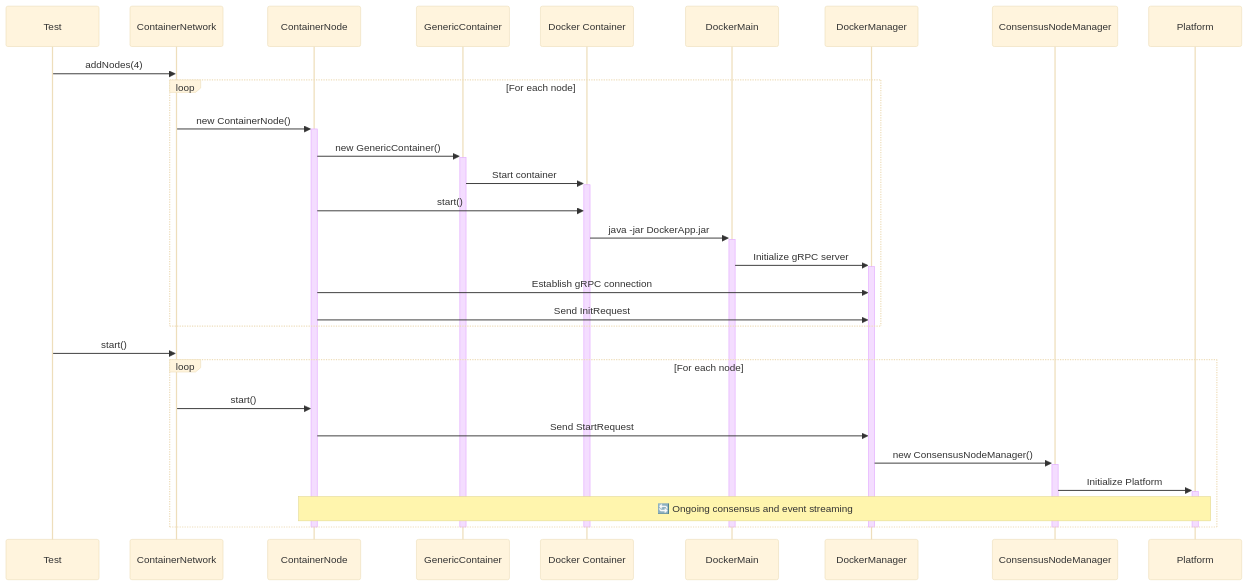
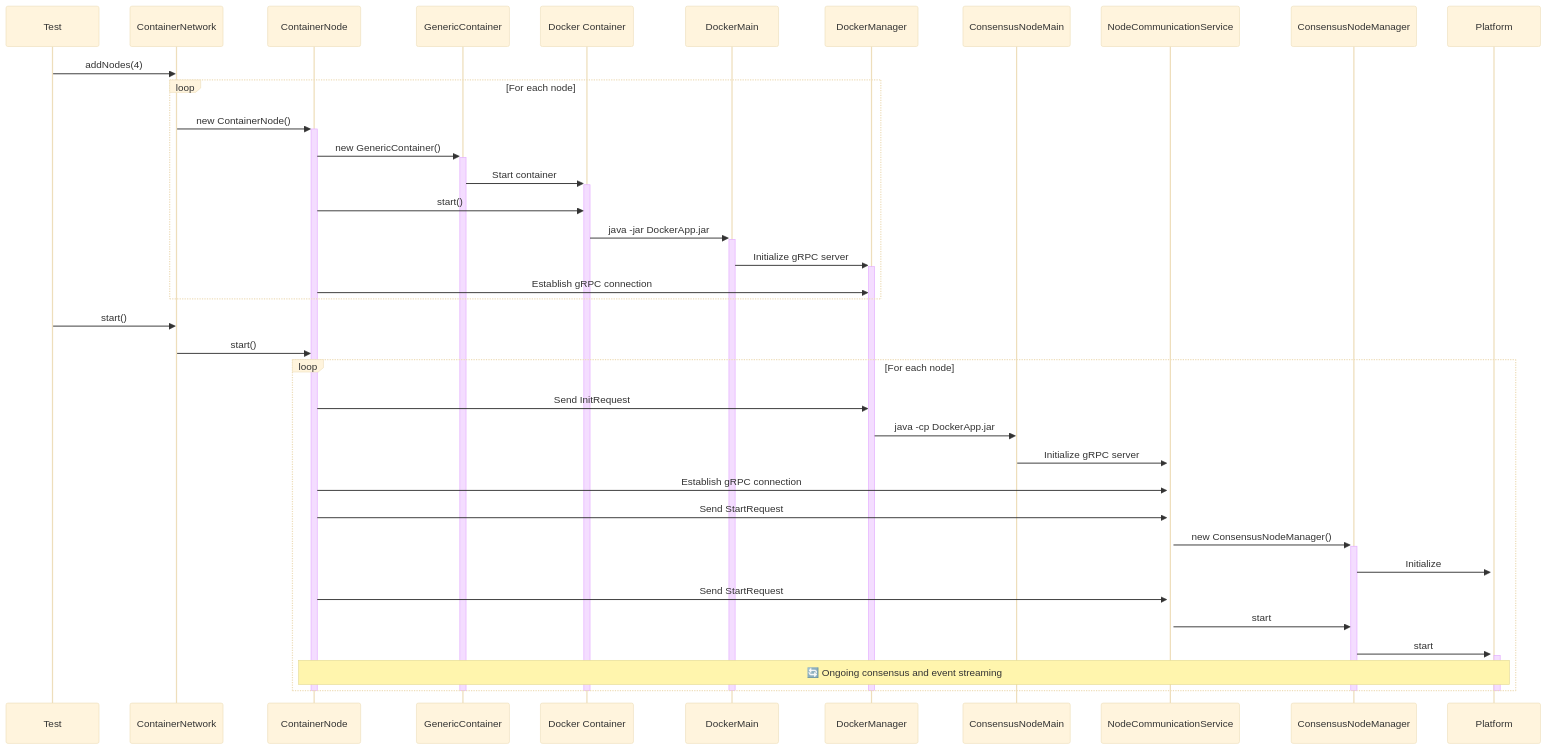
Before and after one commit to hiero-ledger/hiero-consensus-node: the third of 5 diagrams in platform-sdk/consensus-otter-tests/docs/container-environment.md, drawn with Mermaid (base theme). The commit also changed other lines of this file, not shown here.

````diff
--- a/platform-sdk/consensus-otter-tests/docs/container-environment.md
+++ b/platform-sdk/consensus-otter-tests/docs/container-environment.md
@@ -223,42 +223,50 @@
 ```mermaid
 sequenceDiagram
     participant Test as Test
     participant ContainerNetwork
     participant ContainerNode
     participant GenericContainer
     participant Container as Docker Container
     participant DockerMain
     participant DockerManager
+    participant ConsensusNodeMain
+    participant NodeCommunicationService
     participant ConsensusNodeManager
     participant Platform
     Test ->> ContainerNetwork: addNodes(4)
 
     loop For each node
         ContainerNetwork ->>+ ContainerNode: new ContainerNode()
         ContainerNode ->>+ GenericContainer: new GenericContainer()
         GenericContainer ->>+ Container: Start container
         ContainerNode ->> Container: start()
         Container ->>+ DockerMain: java -jar DockerApp.jar
         DockerMain ->>+ DockerManager: Initialize gRPC server
         ContainerNode ->> DockerManager: Establish gRPC connection
-        ContainerNode ->> DockerManager: Send InitRequest
     end
 
     Test ->> ContainerNetwork: start()
+    ContainerNetwork ->> ContainerNode: start()
 
     loop For each node
-        ContainerNetwork ->> ContainerNode: start()
-        ContainerNode ->> DockerManager: Send StartRequest
-        DockerManager ->>+ ConsensusNodeManager: new ConsensusNodeManager()
-        ConsensusNodeManager ->>+ Platform: Initialize Platform
+        ContainerNode ->> DockerManager: Send InitRequest
+        DockerManager ->> ConsensusNodeMain: java -cp DockerApp.jar
+        ConsensusNodeMain ->>+ NodeCommunicationService: Initialize gRPC server
+        ContainerNode ->> NodeCommunicationService: Establish gRPC connection
+        ContainerNode ->> NodeCommunicationService: Send StartRequest
+        NodeCommunicationService ->>+ ConsensusNodeManager: new ConsensusNodeManager()
+        ConsensusNodeManager ->>+ Platform: Initialize
+        ContainerNode ->> NodeCommunicationService: Send StartRequest
+        NodeCommunicationService ->> ConsensusNodeManager: start
+        ConsensusNodeManager ->>+ Platform: start
         Note over ContainerNode, Platform: 🔄 Ongoing consensus and event streaming
     end
 
     deactivate ContainerNode
     deactivate GenericContainer
     deactivate Container
     deactivate DockerMain
     deactivate DockerManager
     deactivate ConsensusNodeManager
     deactivate Platform
 ```
````
